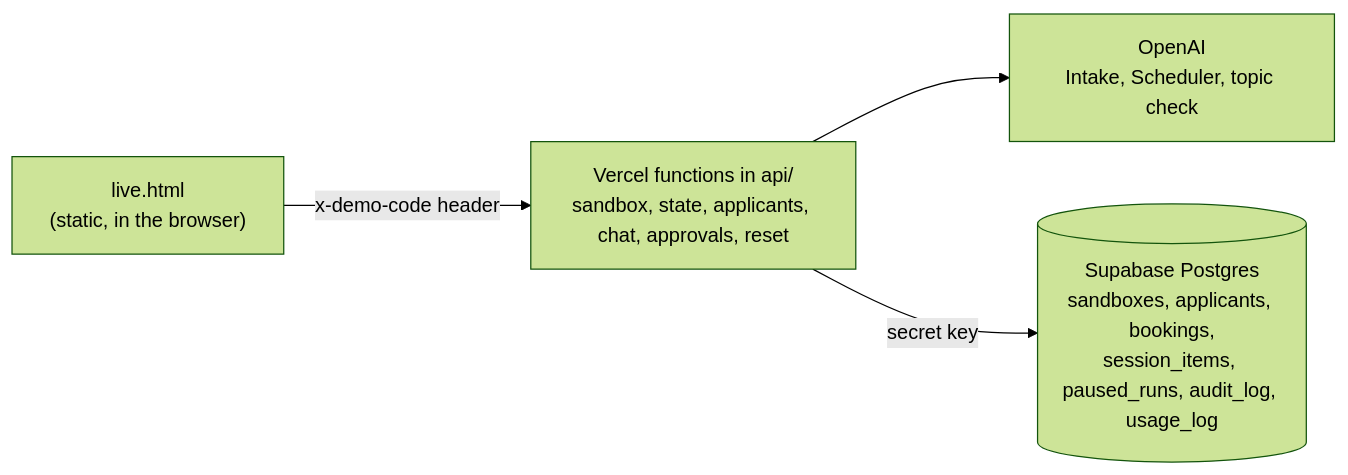
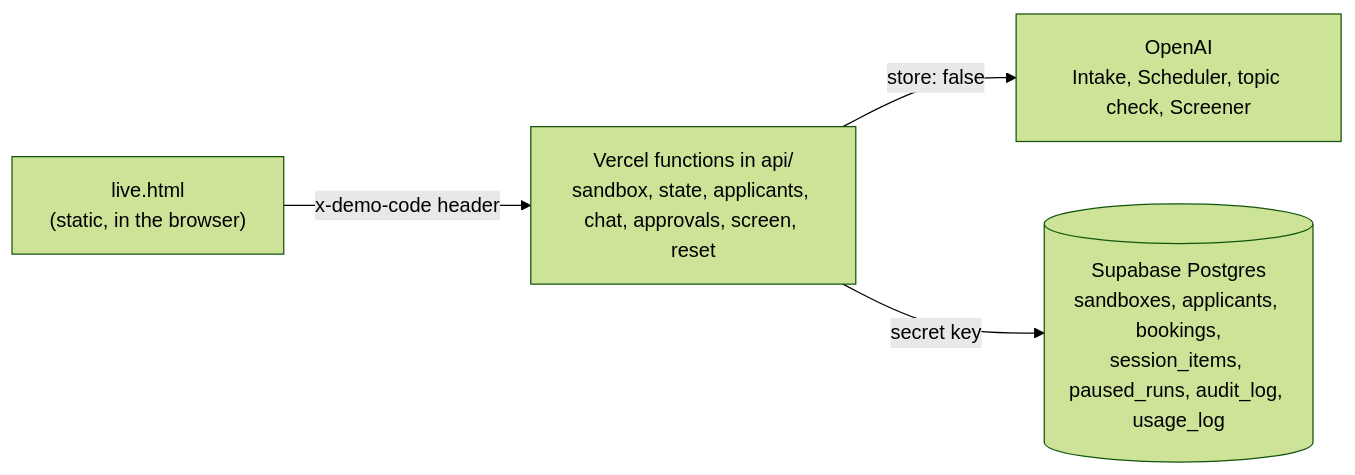
The second of 2 diagrams in README.md (Hekleiman/applicant-intake-agent), drawn with Mermaid (forest theme) before and after one commit. The commit also changed other lines of this file and 43 other files, not shown here.

Commit message:
Add resume screening, store: false, and fixes from live review

````diff
--- a/README.md
+++ b/README.md
@@ -101,6 +104,6 @@
 ```mermaid
 flowchart LR
-    B["live.html<br/>(static, in the browser)"] -- "x-demo-code header" --> F["Vercel functions in api/<br/>sandbox, state, applicants, chat, approvals, reset"]
-    F --> O["OpenAI<br/>Intake, Scheduler, topic check"]
+    B["live.html<br/>(static, in the browser)"] -- "x-demo-code header" --> F["Vercel functions in api/<br/>sandbox, state, applicants, chat, approvals, screen, reset"]
+    F -- "store: false" --> O["OpenAI<br/>Intake, Scheduler, topic check, Screener"]
     F -- "secret key" --> D[("Supabase Postgres<br/>sandboxes, applicants, bookings,<br/>session_items, paused_runs, audit_log, usage_log")]
 ```
````
